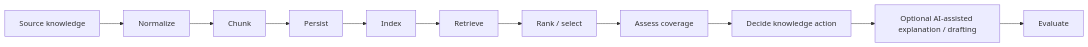
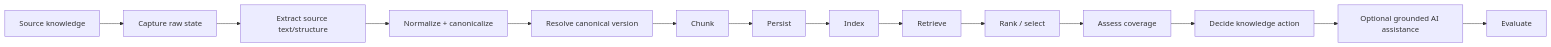
Before and after one commit to kumarchandansingh/tropos: the first of 8 diagrams in docs/architecture/RAG_ARCHITECTURE.md, drawn with Mermaid. The commit also changed other lines of this file and 23 other files, not shown here.

````diff
--- a/docs/architecture/RAG_ARCHITECTURE.md
+++ b/docs/architecture/RAG_ARCHITECTURE.md
@@ -7,14 +7,17 @@
 ```mermaid
 flowchart LR
     S[Source knowledge]
-    --> N[Normalize]
+    --> CAP[Capture raw state]
+    --> EX[Extract source text/structure]
+    --> N[Normalize + canonicalize]
+    --> V[Resolve canonical version]
     --> C[Chunk]
     --> P[Persist]
     --> I[Index]
     --> R[Retrieve]
     --> K[Rank / select]
     --> A[Assess coverage]
     --> D[Decide knowledge action]
-    --> G[Optional AI-assisted explanation / drafting]
+    --> G[Optional grounded AI assistance]
     --> E[Evaluate]
 ```
````
